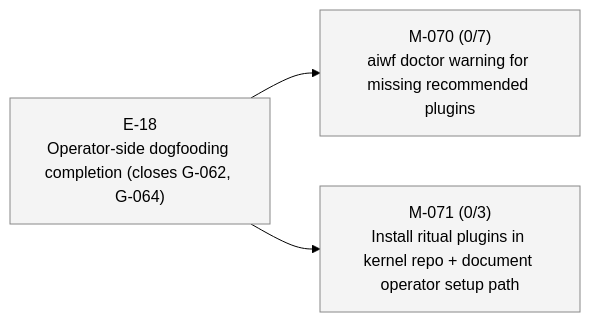
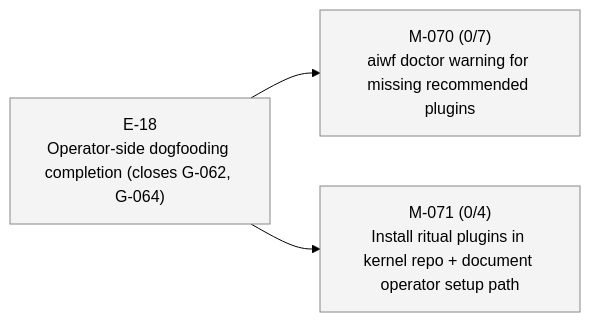
Before and after one commit to 23min/aiwf: the fourth of 4 diagrams in STATUS.md, drawn with Mermaid (forest theme). The commit also changed other lines of this file and 1 other file, not shown here.

First line of the commit message:
aiwf add ac M-071/AC-4 "CLAUDE.md gains a setup section listing recommended plugins"

````diff
--- a/STATUS.md
+++ b/STATUS.md
@@ -80,14 +80,14 @@
 ```mermaid
 flowchart LR
   E_18["E-18<br/>Operator-side dogfooding completion (closes G-062, G-064)"]:::epic_proposed
   M_070["M-070 (0/7)<br/>aiwf doctor warning for missing recommended plugins"]:::ms_draft
   E_18 --> M_070
-  M_071["M-071 (0/3)<br/>Install ritual plugins in kernel repo + document operator setup path"]:::ms_draft
+  M_071["M-071 (0/4)<br/>Install ritual plugins in kernel repo + document operator setup path"]:::ms_draft
   E_18 --> M_071
   classDef epic_active fill:#d6eaff,stroke:#1a73e8,color:#000
   classDef epic_proposed fill:#f4f4f4,stroke:#888,color:#000
   classDef ms_done fill:#d8f5d8,stroke:#2a8a2a,color:#000
   classDef ms_in_progress fill:#fff3c4,stroke:#caa400,color:#000
   classDef ms_draft fill:#f4f4f4,stroke:#888,color:#000
   classDef ms_cancelled fill:#fbeaea,stroke:#c33,color:#000
 ```
````
